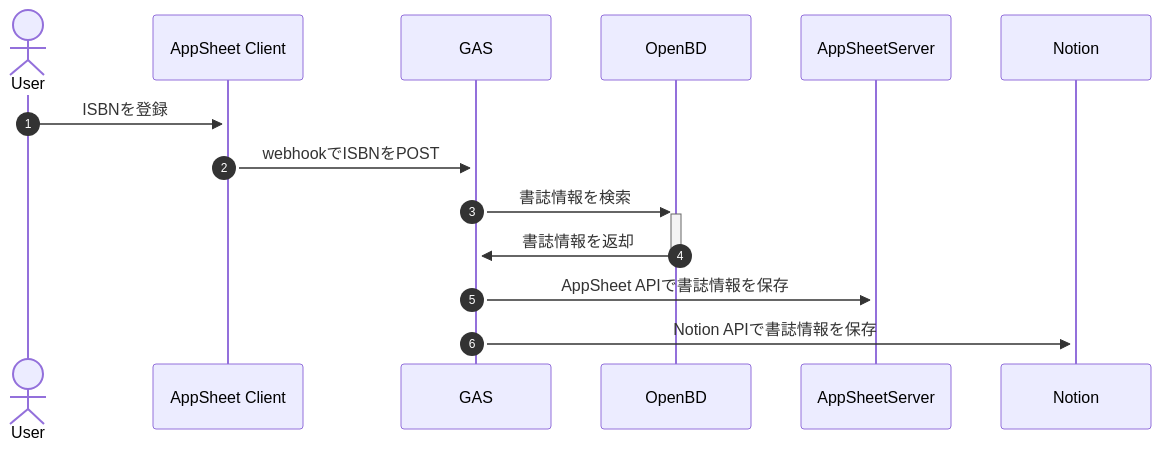
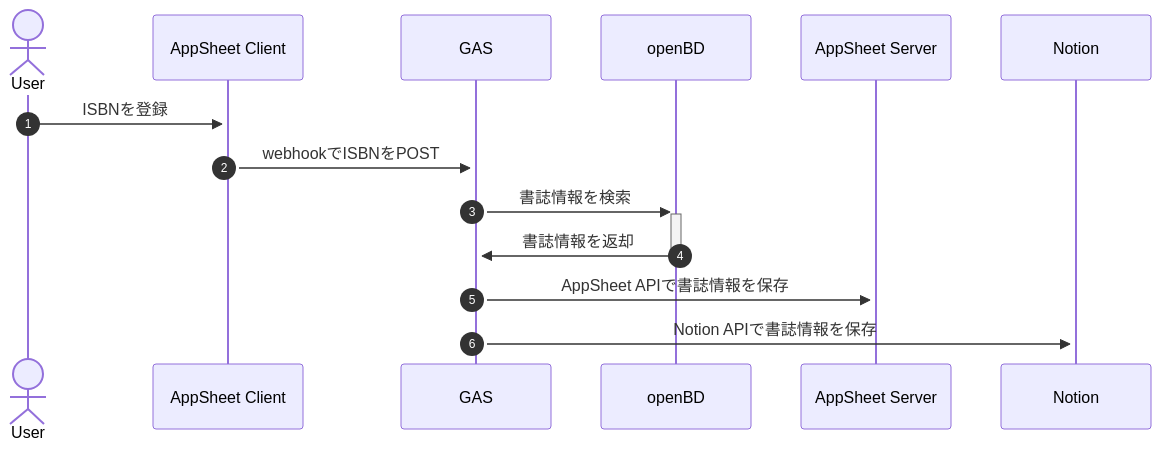
One commit to barleytea/isbn2notion changed the diagram in README.md. Above: the diagram before and after it, drawn with Mermaid. The commit also changed other lines of this file, not shown here.

Commit message:
add demo video

````diff
--- a/README.md
+++ b/README.md
@@ -7,11 +9,11 @@
 ```mermaid
 sequenceDiagram
   autonumber
   actor User
   User->>+AppSheet Client: ISBNを登録
   AppSheet Client->>+GAS: webhookでISBNをPOST
-  GAS->>+OpenBD: 書誌情報を検索
-  OpenBD->>-GAS: 書誌情報を返却
-  GAS->>+AppSheetServer: AppSheet APIで書誌情報を保存
+  GAS->>+openBD: 書誌情報を検索
+  openBD->>-GAS: 書誌情報を返却
+  GAS->>+AppSheet Server: AppSheet APIで書誌情報を保存
   GAS->>+Notion: Notion APIで書誌情報を保存
 ```
````
